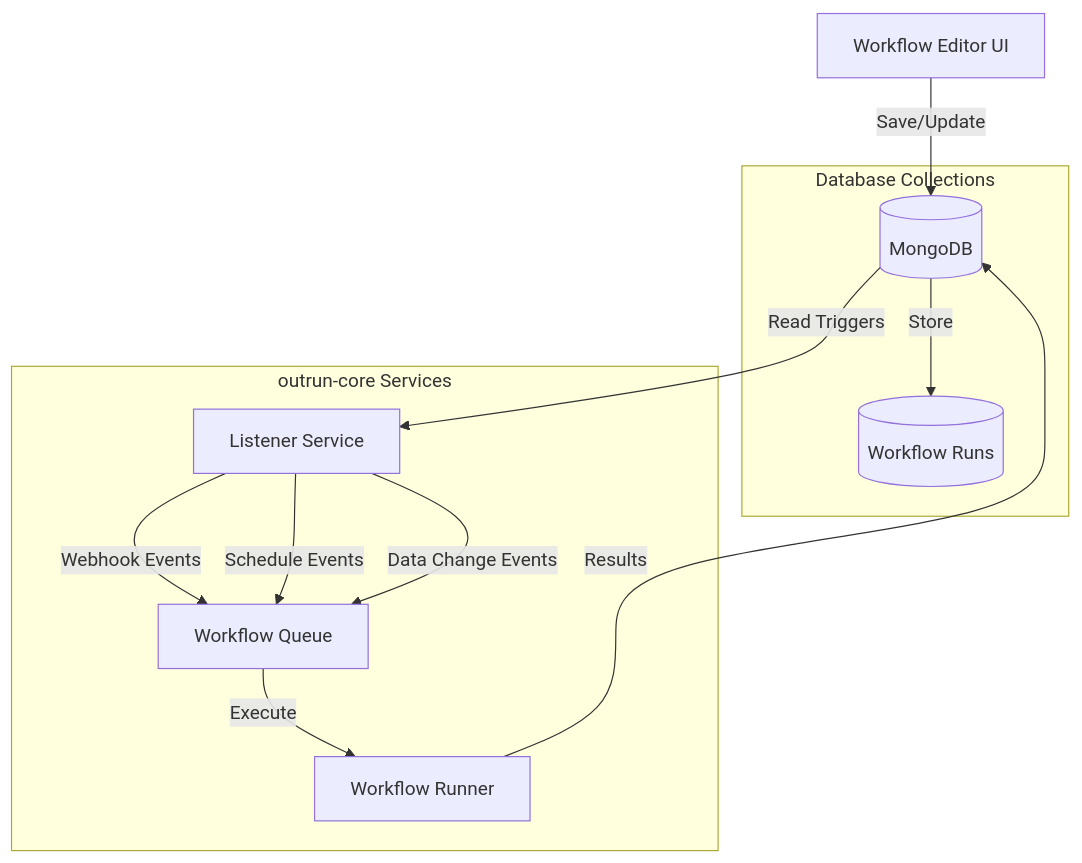
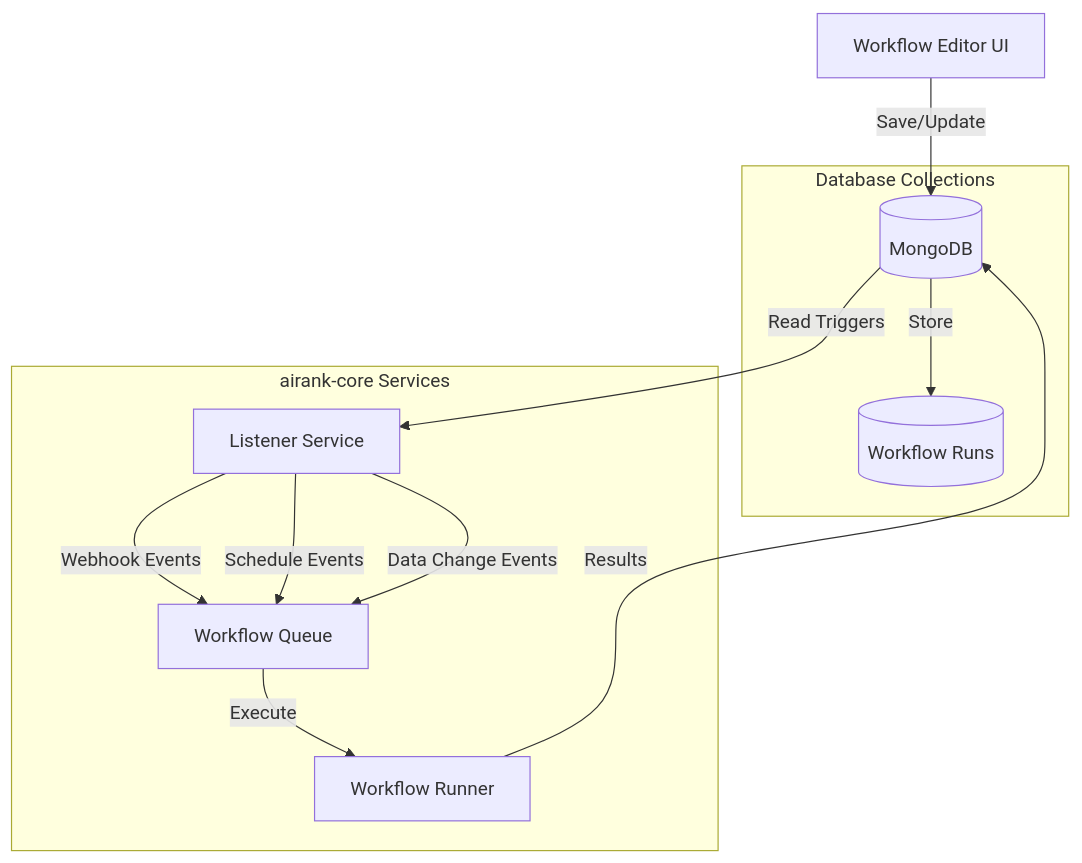
Before and after one commit to loonshoot/airank-app: the diagram in WORKFLOW_ARCHITECTURE_PLAN.md, drawn with Mermaid. The commit also changed other lines of this file and 57 other files, not shown here.

````diff
--- a/WORKFLOW_ARCHITECTURE_PLAN.md
+++ b/WORKFLOW_ARCHITECTURE_PLAN.md
@@ -9,25 +9,25 @@
 ```mermaid
 graph TB
     Frontend[Workflow Editor UI] -->|Save/Update| DB[(MongoDB)]
     
     DB -->|Read Triggers| Listener[Listener Service]
     Listener -->|Webhook Events| Queue[Workflow Queue]
     Listener -->|Schedule Events| Queue
     Listener -->|Data Change Events| Queue
     
     Queue -->|Execute| Runner[Workflow Runner]
     Runner -->|Results| DB
     
     DB -->|Store| Runs[(Workflow Runs)]
     
-    subgraph "outrun-core Services"
+    subgraph "airank-core Services"
         Listener
         Queue
         Runner
     end
     
     subgraph "Database Collections"
         DB
         Runs
     end
 ```
````
